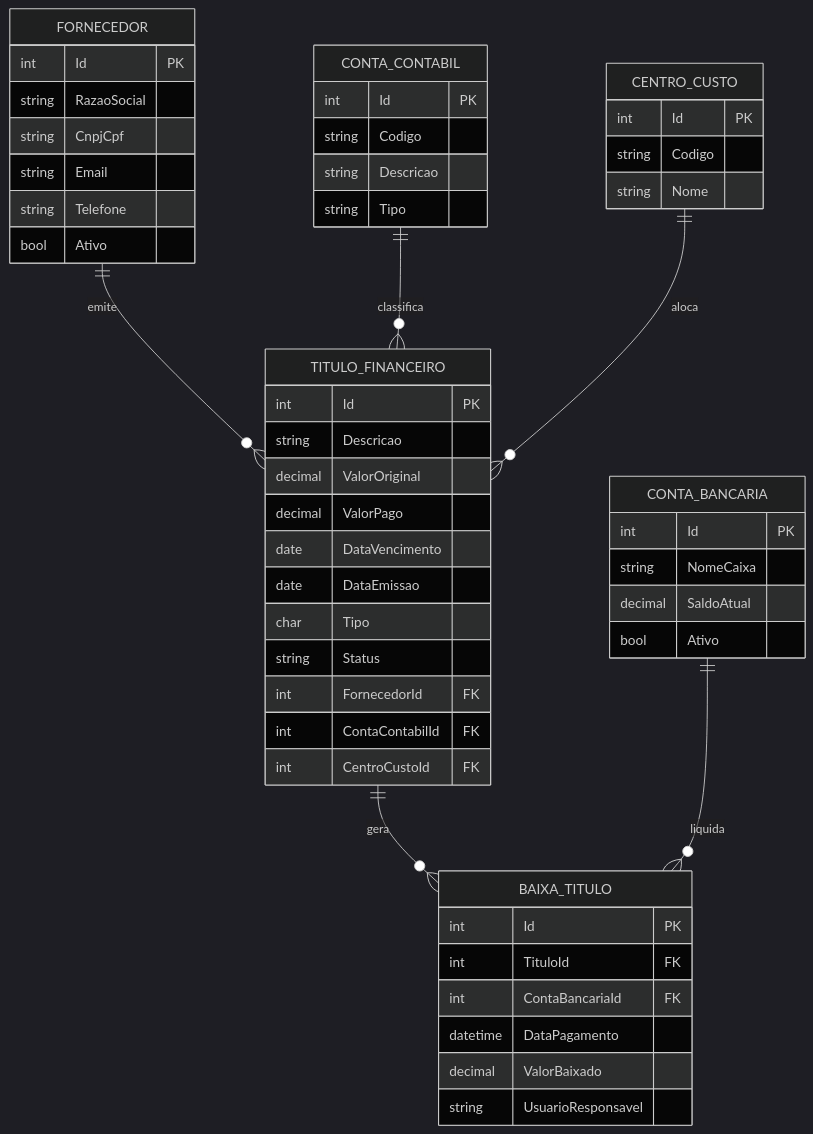
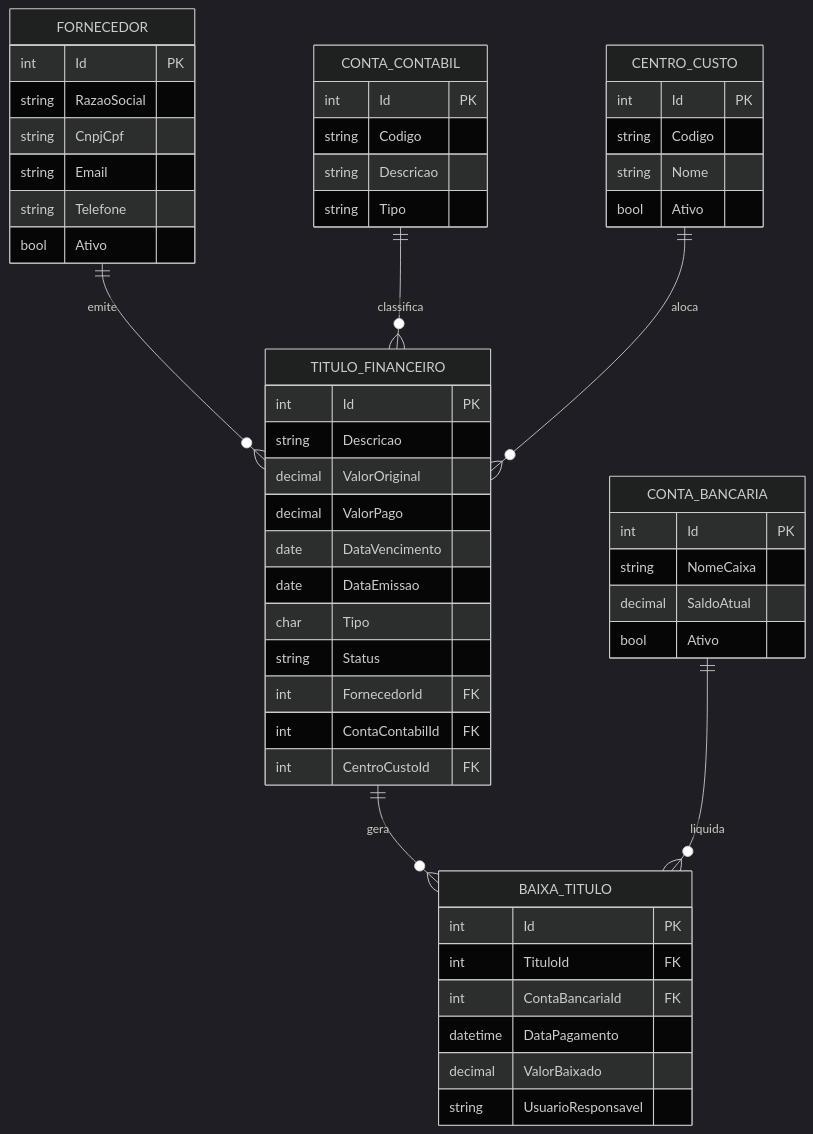
The diagram in README.md (Victorsbbv/API-Crash), drawn with Mermaid (dark theme) before and after one commit.

Commit message:
Add Ativo field to CENTRO_CUSTO structure

````diff
--- a/README.md
+++ b/README.md
@@ -70,60 +70,61 @@
 ```mermaid
 erDiagram
     FORNECEDOR ||--o{ TITULO_FINANCEIRO : "emite"
     CONTA_CONTABIL ||--o{ TITULO_FINANCEIRO : "classifica"
     CENTRO_CUSTO ||--o{ TITULO_FINANCEIRO : "aloca"
     TITULO_FINANCEIRO ||--o{ BAIXA_TITULO : "gera"
     CONTA_BANCARIA ||--o{ BAIXA_TITULO : "liquida"
 
     FORNECEDOR {
         int Id PK
         string RazaoSocial
         string CnpjCpf
         string Email
         string Telefone
         bool Ativo
     }
 
     CONTA_CONTABIL {
         int Id PK
         string Codigo
         string Descricao
         string Tipo
     }
 
     CENTRO_CUSTO {
         int Id PK
         string Codigo
         string Nome
+        bool Ativo
     }
 
     CONTA_BANCARIA {
         int Id PK
         string NomeCaixa
         decimal SaldoAtual
         bool Ativo
     }
 
     TITULO_FINANCEIRO {
         int Id PK
         string Descricao
         decimal ValorOriginal
         decimal ValorPago
         date DataVencimento
         date DataEmissao
         char Tipo
         string Status
         int FornecedorId FK
         int ContaContabilId FK
         int CentroCustoId FK
     }
 
     BAIXA_TITULO {
         int Id PK
         int TituloId FK
         int ContaBancariaId FK
         datetime DataPagamento
         decimal ValorBaixado
         string UsuarioResponsavel
     }
 ```
````
